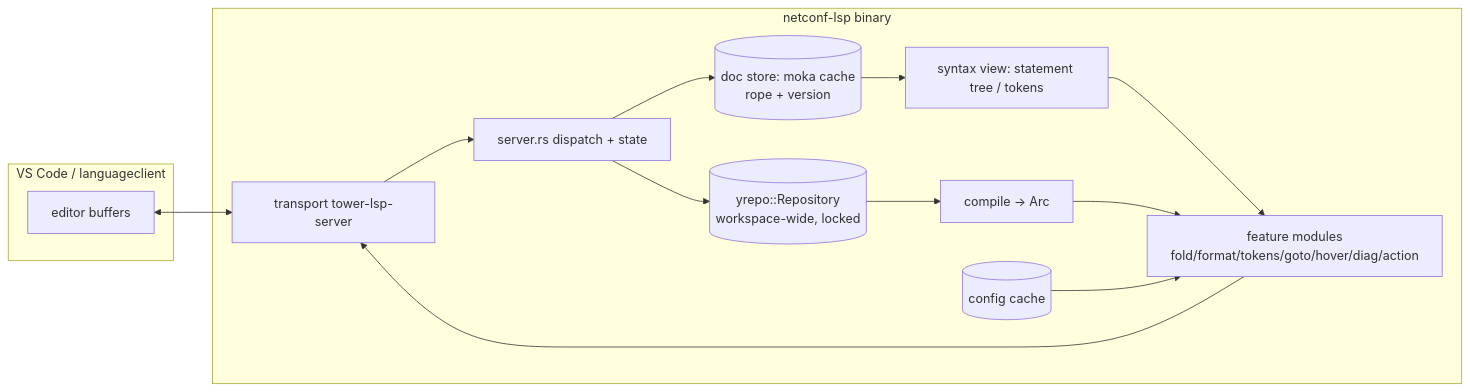
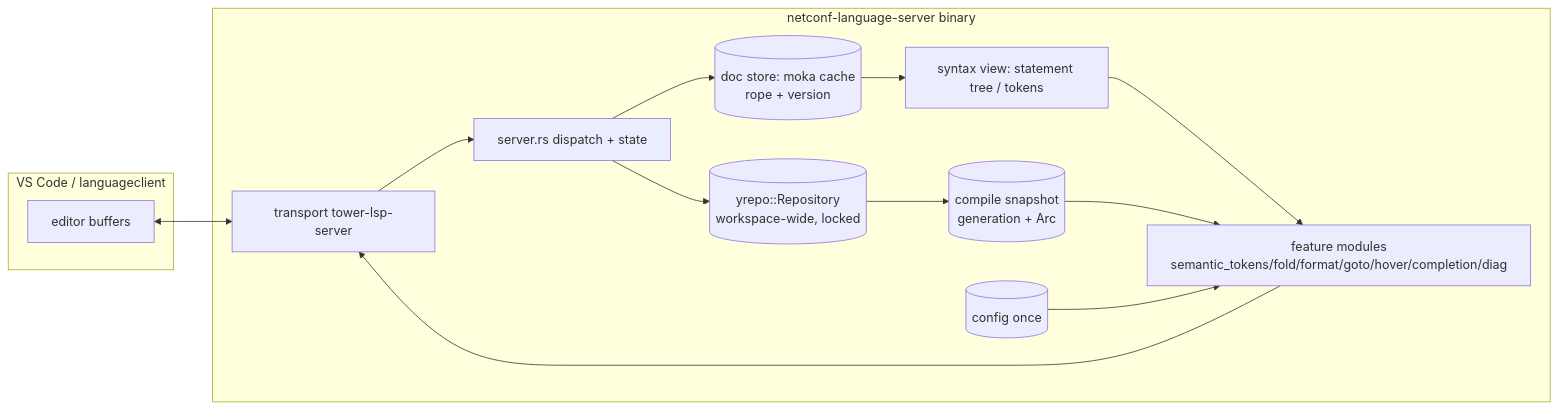
Before and after one commit to trislu/netconf-language-server: the diagram in docs/architecture.md, drawn with Mermaid. The commit also changed other lines of this file and 24 other files, not shown here.

````diff
--- a/docs/architecture.md
+++ b/docs/architecture.md
@@ -20,26 +22,26 @@
 ```mermaid
 flowchart LR
     subgraph Client[VS Code / languageclient]
         ED[editor buffers]
     end
-    subgraph LS[netconf-lsp binary]
+    subgraph LS[netconf-language-server binary]
         TP[transport tower-lsp-server]
         S[server.rs dispatch + state]
         DOC[(doc store: moka cache<br/>rope + version)]
         SYN[syntax view: statement tree / tokens]
         REPO[(yrepo::Repository<br/>workspace-wide, locked)]
-        LIB[compile -> Arc<Library>]
-        FEA[feature modules<br/>fold/format/tokens/goto/hover/diag/action]
-        CFG[(config cache)]
+        SNAP[(compile snapshot<br/>generation + Arc<Library>)]
+        FEA[feature modules<br/>semantic_tokens/fold/format/goto/hover/completion/diag]
+        CFG[(config once)]
         TP --> S
         S --> DOC
         DOC --> SYN
         S --> REPO
-        REPO --> LIB
+        REPO --> SNAP
         SYN --> FEA
-        LIB --> FEA
+        SNAP --> FEA
         CFG --> FEA
         FEA --> TP
     end
     ED <--> TP
 ```
````
